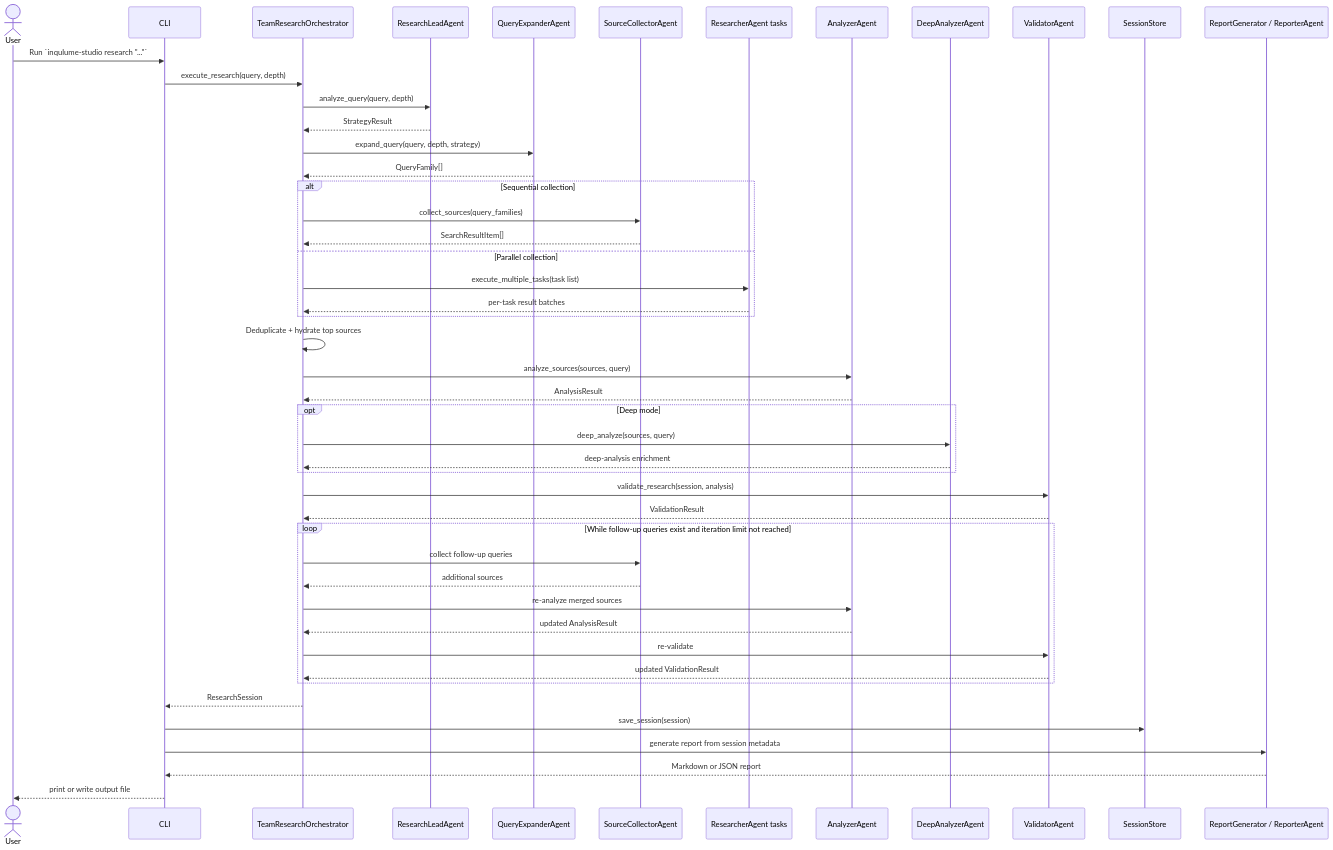
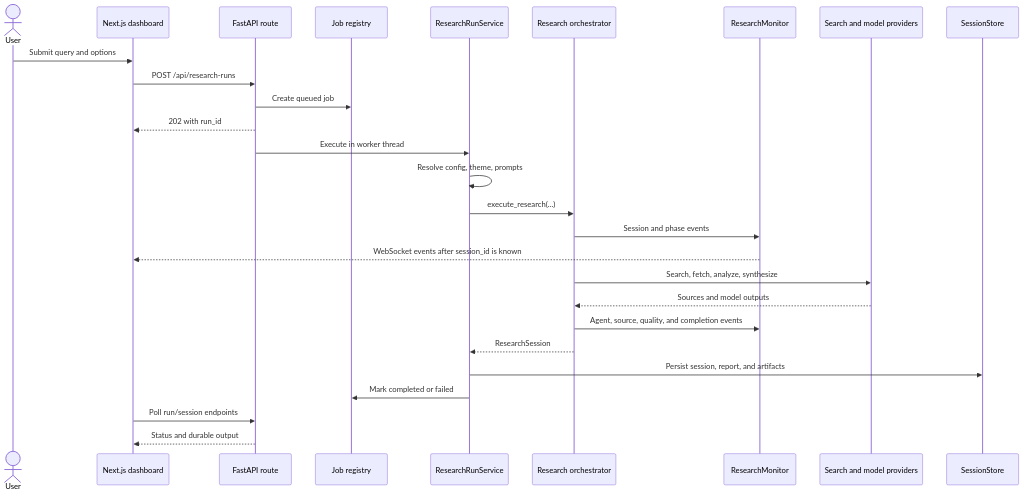
One commit to xxibcill/cc-deep-reasearch changed the diagram in docs/RESEARCH_WORKFLOW_AGENT_INTERACTIONS.md. Above: the diagram before and after it, drawn with Mermaid. The commit also changed other lines of this file and 23 other files, not shown here.

````diff
--- a/docs/RESEARCH_WORKFLOW_AGENT_INTERACTIONS.md
+++ b/docs/RESEARCH_WORKFLOW_AGENT_INTERACTIONS.md
@@ -413,57 +8,30 @@
 ```mermaid
 sequenceDiagram
     actor User
-    participant CLI as CLI
-    participant Orch as TeamResearchOrchestrator
-    participant Lead as ResearchLeadAgent
-    participant Expand as QueryExpanderAgent
-    participant Collect as SourceCollectorAgent
-    participant Parallel as ResearcherAgent tasks
-    participant Analyze as AnalyzerAgent
-    participant Deep as DeepAnalyzerAgent
-    participant Validate as ValidatorAgent
+    participant UI as Next.js dashboard
+    participant API as FastAPI route
+    participant Jobs as Job registry
+    participant Service as ResearchRunService
+    participant Orch as Research orchestrator
+    participant Monitor as ResearchMonitor
+    participant Providers as Search and model providers
     participant Store as SessionStore
-    participant Report as ReportGenerator / ReporterAgent
 
-    User->>CLI: Run `inqulume-studio research "..."`
-    CLI->>Orch: execute_research(query, depth)
-    Orch->>Lead: analyze_query(query, depth)
-    Lead-->>Orch: StrategyResult
-    Orch->>Expand: expand_query(query, depth, strategy)
-    Expand-->>Orch: QueryFamily[]
-
-    alt Sequential collection
-        Orch->>Collect: collect_sources(query_families)
-        Collect-->>Orch: SearchResultItem[]
-    else Parallel collection
-        Orch->>Parallel: execute_multiple_tasks(task list)
-        Parallel-->>Orch: per-task result batches
-    end
-
-    Orch->>Orch: Deduplicate + hydrate top sources
-    Orch->>Analyze: analyze_sources(sources, query)
-    Analyze-->>Orch: AnalysisResult
-
-    opt Deep mode
-        Orch->>Deep: deep_analyze(sources, query)
-        Deep-->>Orch: deep-analysis enrichment
-    end
-
-    Orch->>Validate: validate_research(session, analysis)
-    Validate-->>Orch: ValidationResult
-
-    loop While follow-up queries exist and iteration limit not reached
-        Orch->>Collect: collect follow-up queries
-        Collect-->>Orch: additional sources
-        Orch->>Analyze: re-analyze merged sources
-        Analyze-->>Orch: updated AnalysisResult
-        Orch->>Validate: re-validate
-        Validate-->>Orch: updated ValidationResult
-    end
-
-    Orch-->>CLI: ResearchSession
-    CLI->>Store: save_session(session)
-    CLI->>Report: generate report from session metadata
-    Report-->>CLI: Markdown or JSON report
-    CLI-->>User: print or write output file
+    User->>UI: Submit query and options
+    UI->>API: POST /api/research-runs
+    API->>Jobs: Create queued job
+    API-->>UI: 202 with run_id
+    API->>Service: Execute in worker thread
+    Service->>Service: Resolve config, theme, prompts
+    Service->>Orch: execute_research(...)
+    Orch->>Monitor: Session and phase events
+    Monitor-->>UI: WebSocket events after session_id is known
+    Orch->>Providers: Search, fetch, analyze, synthesize
+    Providers-->>Orch: Sources and model outputs
+    Orch->>Monitor: Agent, source, quality, and completion events
+    Orch-->>Service: ResearchSession
+    Service->>Store: Persist session, report, and artifacts
+    Service->>Jobs: Mark completed or failed
+    UI->>API: Poll run/session endpoints
+    API-->>UI: Status and durable output
 ```
````
